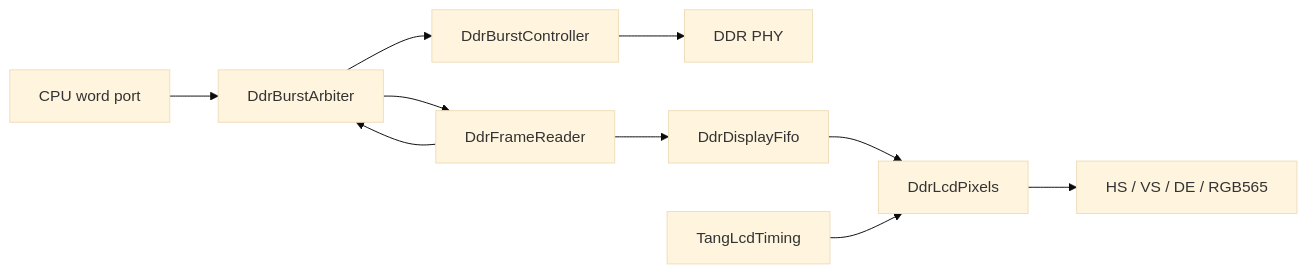
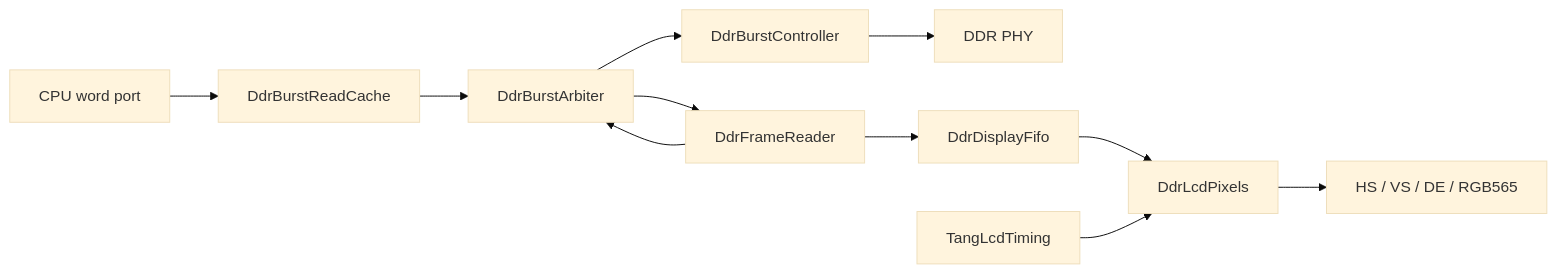
Before and after one commit to sabas0ba/variscite: the diagram in docs/tang-ddr-display.md, drawn with Mermaid (base theme). The commit also changed other lines of this file and 75 other files, not shown here.

````diff
--- a/docs/tang-ddr-display.md
+++ b/docs/tang-ddr-display.md
@@ -17,12 +17,13 @@
 ```mermaid
 flowchart LR
-  CPU[CPU word port] --> A[DdrBurstArbiter]
+  CPU[CPU word port] --> B[DdrBurstReadCache]
+  B --> A[DdrBurstArbiter]
   R[DdrFrameReader] --> A
   A --> C[DdrBurstController]
   C --> P[DDR PHY]
   A --> R
   R --> F[DdrDisplayFifo]
   F --> X[DdrLcdPixels]
   T[TangLcdTiming] --> X
   X --> LCD[HS / VS / DE / RGB565]
 ```
````
